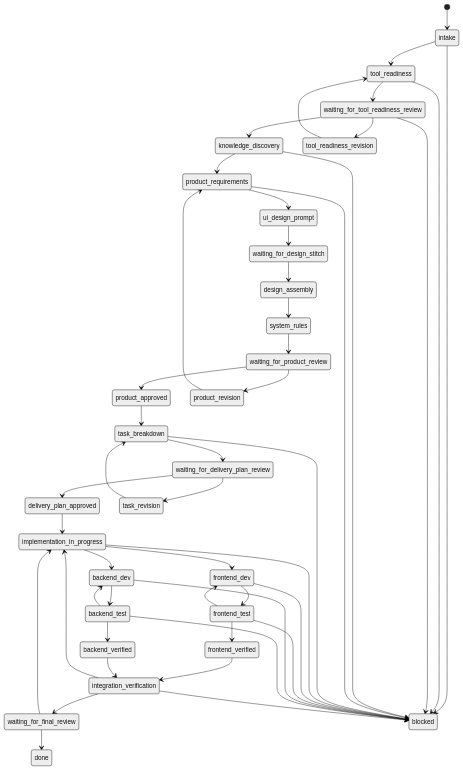
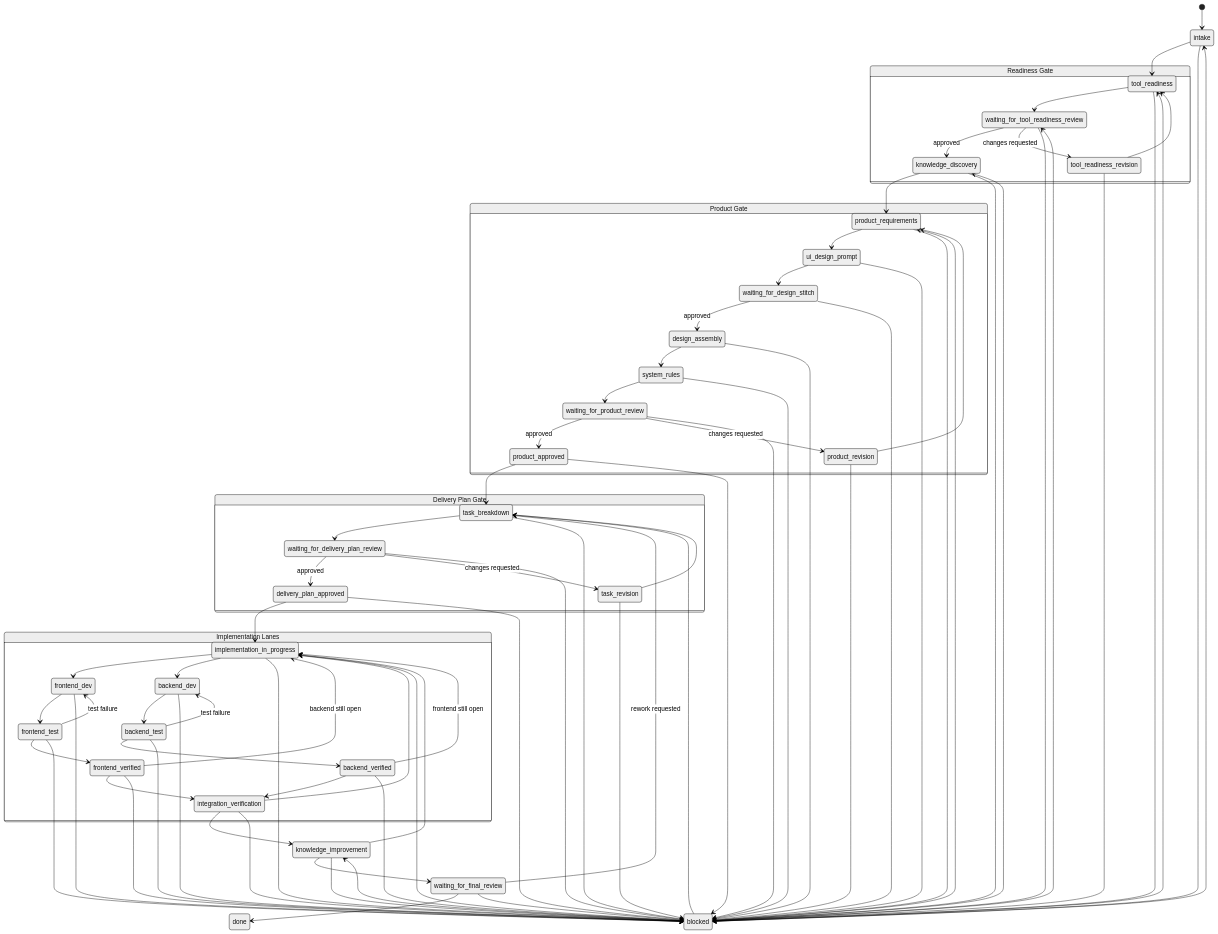
Before and after one commit to azhry/my-harnesses: the diagram in agent-spec-ops/docs/workflow.md, drawn with Mermaid (neutral theme). The commit also changed other lines of this file and 28 other files, not shown here.

````diff
--- a/agent-spec-ops/docs/workflow.md
+++ b/agent-spec-ops/docs/workflow.md
@@ -8,50 +8,92 @@
 ```mermaid
 stateDiagram-v2
   [*] --> intake
+
+  state "Readiness Gate" as readiness_gate {
+    tool_readiness --> waiting_for_tool_readiness_review
+    waiting_for_tool_readiness_review --> knowledge_discovery: approved
+    waiting_for_tool_readiness_review --> tool_readiness_revision: changes requested
+    tool_readiness_revision --> tool_readiness
+  }
+
+  state "Product Gate" as product_gate {
+    product_requirements --> ui_design_prompt
+    ui_design_prompt --> waiting_for_design_stitch
+    waiting_for_design_stitch --> design_assembly: approved
+    design_assembly --> system_rules
+    system_rules --> waiting_for_product_review
+    waiting_for_product_review --> product_approved: approved
+    waiting_for_product_review --> product_revision: changes requested
+    product_revision --> product_requirements
+  }
+
+  state "Delivery Plan Gate" as plan_gate {
+    task_breakdown --> waiting_for_delivery_plan_review
+    waiting_for_delivery_plan_review --> delivery_plan_approved: approved
+    waiting_for_delivery_plan_review --> task_revision: changes requested
+    task_revision --> task_breakdown
+  }
+
+  state "Implementation Lanes" as implementation_lanes {
+    implementation_in_progress --> frontend_dev
+    implementation_in_progress --> backend_dev
+    frontend_dev --> frontend_test
+    frontend_test --> frontend_dev: test failure
+    frontend_test --> frontend_verified
+    frontend_verified --> implementation_in_progress: backend still open
+    backend_dev --> backend_test
+    backend_test --> backend_dev: test failure
+    backend_test --> backend_verified
+    backend_verified --> implementation_in_progress: frontend still open
+    frontend_verified --> integration_verification
+    backend_verified --> integration_verification
+  }
+
   intake --> tool_readiness
-  tool_readiness --> waiting_for_tool_readiness_review
-  waiting_for_tool_readiness_review --> knowledge_discovery
-  waiting_for_tool_readiness_review --> tool_readiness_revision
-  tool_readiness_revision --> tool_readiness
   knowledge_discovery --> product_requirements
-  product_requirements --> ui_design_prompt
-  ui_design_prompt --> waiting_for_design_stitch
-  waiting_for_design_stitch --> design_assembly
-  design_assembly --> system_rules
-  system_rules --> waiting_for_product_review
-  waiting_for_product_review --> product_approved
-  waiting_for_product_review --> product_revision
-  product_revision --> product_requirements
   product_approved --> task_breakdown
-  task_breakdown --> waiting_for_delivery_plan_review
-  waiting_for_delivery_plan_review --> delivery_plan_approved
-  waiting_for_delivery_plan_review --> task_revision
-  task_revision --> task_breakdown
   delivery_plan_approved --> implementation_in_progress
-  implementation_in_progress --> frontend_dev
-  implementation_in_progress --> backend_dev
-  frontend_dev --> frontend_test
-  frontend_test --> frontend_dev
-  frontend_test --> frontend_verified
-  backend_dev --> backend_test
-  backend_test --> backend_dev
-  backend_test --> backend_verified
-  frontend_verified --> integration_verification
-  backend_verified --> integration_verification
   integration_verification --> implementation_in_progress
-  integration_verification --> waiting_for_final_review
+  integration_verification --> knowledge_improvement
+  knowledge_improvement --> waiting_for_final_review
+  knowledge_improvement --> implementation_in_progress
   waiting_for_final_review --> done
-  waiting_for_final_review --> implementation_in_progress
+  waiting_for_final_review --> task_breakdown: rework requested
+
   intake --> blocked
   tool_readiness --> blocked
   waiting_for_tool_readiness_review --> blocked
+  tool_readiness_revision --> blocked
   knowledge_discovery --> blocked
   product_requirements --> blocked
+  ui_design_prompt --> blocked
+  waiting_for_design_stitch --> blocked
+  design_assembly --> blocked
+  system_rules --> blocked
+  waiting_for_product_review --> blocked
+  product_revision --> blocked
+  product_approved --> blocked
   task_breakdown --> blocked
+  waiting_for_delivery_plan_review --> blocked
+  task_revision --> blocked
+  delivery_plan_approved --> blocked
   implementation_in_progress --> blocked
   frontend_dev --> blocked
   frontend_test --> blocked
+  frontend_verified --> blocked
   backend_dev --> blocked
   backend_test --> blocked
+  backend_verified --> blocked
   integration_verification --> blocked
+  knowledge_improvement --> blocked
+  waiting_for_final_review --> blocked
+
+  blocked --> intake
+  blocked --> tool_readiness
+  blocked --> waiting_for_tool_readiness_review
+  blocked --> knowledge_discovery
+  blocked --> product_requirements
+  blocked --> task_breakdown
+  blocked --> implementation_in_progress
+  blocked --> knowledge_improvement
 ```
````
